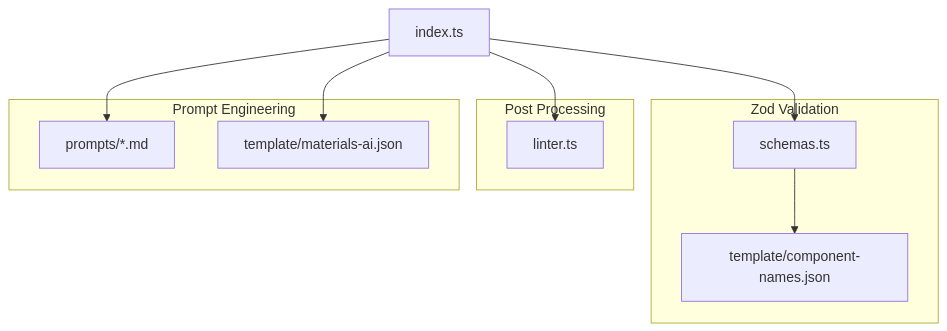
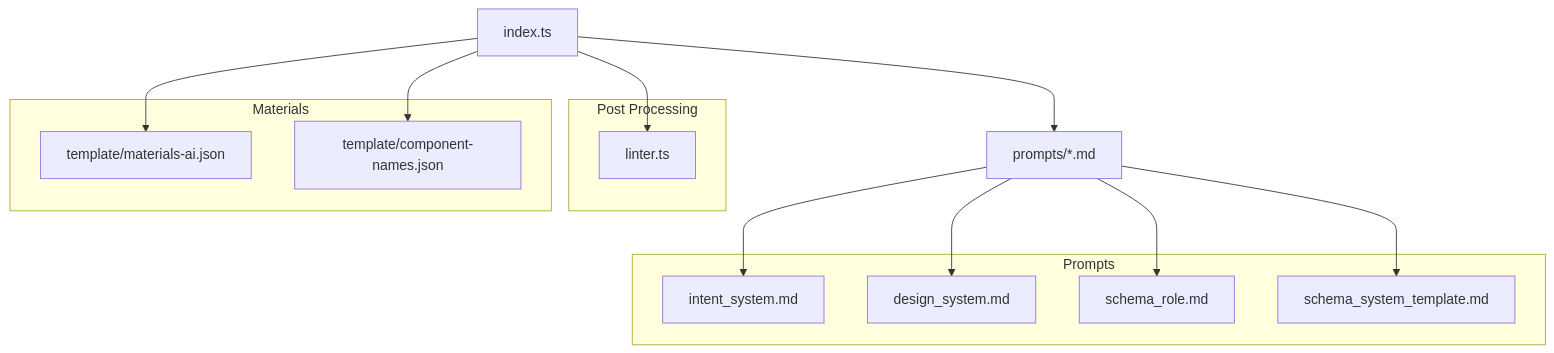
The first of 2 diagrams in docs/aiPageDesigner/02-architecture.md (xxMudCloudxx/lowcode-editor), drawn with Mermaid before and after one commit. The commit also changed other lines of this file and 9 other files, not shown here.

````diff
--- a/docs/aiPageDesigner/02-architecture.md
+++ b/docs/aiPageDesigner/02-architecture.md
@@ -96,22 +79,28 @@
 ```mermaid
 graph TD
-    A[index.ts] --> B[schemas.ts]
-    A --> C[linter.ts]
+    A[index.ts] --> C[linter.ts]
     A --> D[prompts/*.md]
     A --> E[template/materials-ai.json]
-    B --> F[template/component-names.json]
+    A --> F[template/component-names.json]
 
-    subgraph Zod Validation
-        B
-        F
+    subgraph Prompts
+        D1[intent_system.md]
+        D2[design_system.md]
+        D3[schema_role.md]
+        D4[schema_system_template.md]
     end
+
+    D --> D1
+    D --> D2
+    D --> D3
+    D --> D4
 
     subgraph Post Processing
         C
     end
 
-    subgraph Prompt Engineering
-        D
+    subgraph Materials
         E
+        F
     end
 ```
````
